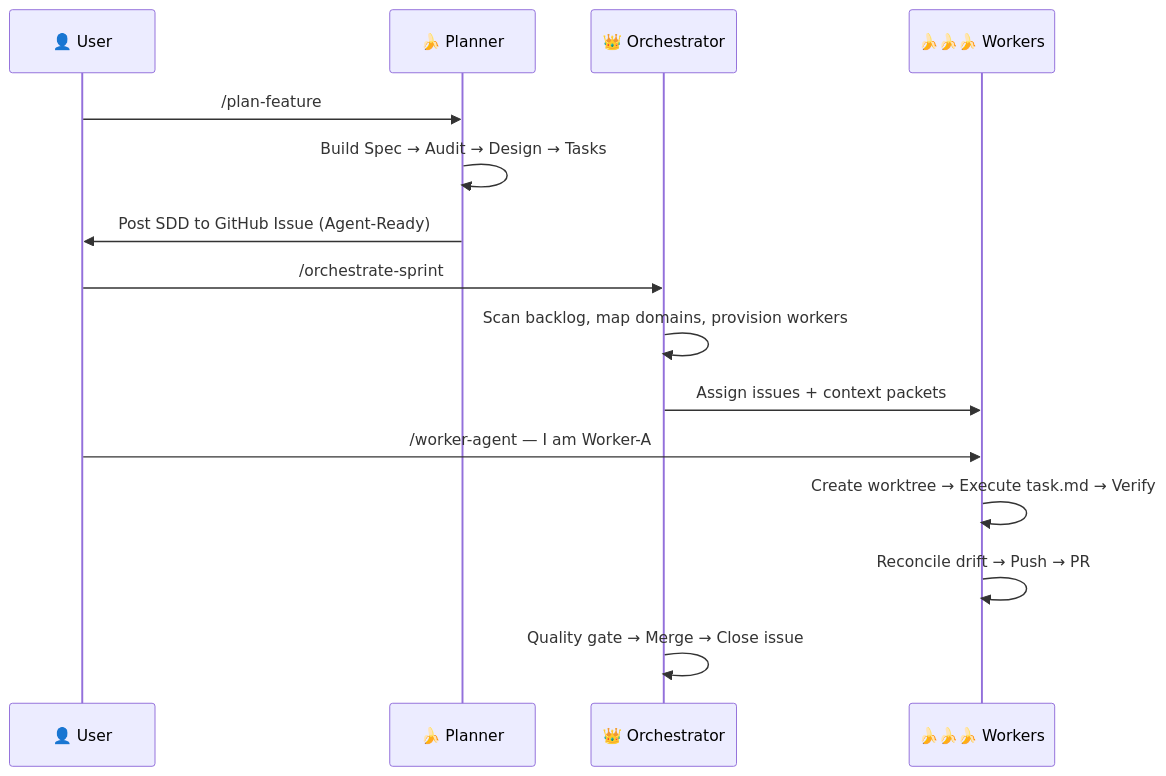
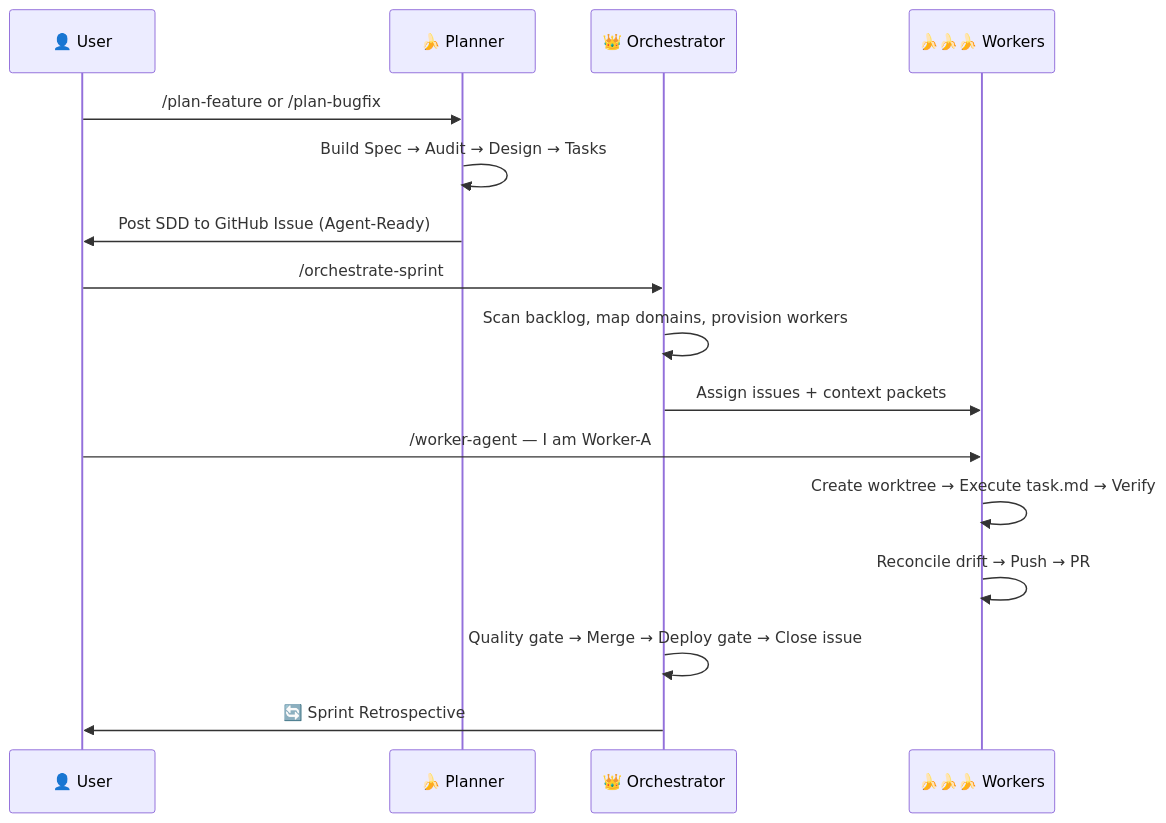
Before and after one commit to illya-naumov/minions: the second of 2 diagrams in README.md, drawn with Mermaid. The commit also changed other lines of this file and 5 other files, not shown here.

First line of the commit message:
feat: sync with production workflows  add plan-bugfix, self-improvement retrospectives, deployment gates

````diff
--- a/README.md
+++ b/README.md
@@ -149,18 +167,19 @@
 ```mermaid
 sequenceDiagram
     participant U as 👤 User
     participant P as 🍌 Planner
     participant O as 👑 Orchestrator
     participant W as 🍌🍌🍌 Workers
 
-    U->>P: /plan-feature
+    U->>P: /plan-feature or /plan-bugfix
     P->>P: Build Spec → Audit → Design → Tasks
     P->>U: Post SDD to GitHub Issue (Agent-Ready)
     U->>O: /orchestrate-sprint
     O->>O: Scan backlog, map domains, provision workers
     O->>W: Assign issues + context packets
     U->>W: /worker-agent — I am Worker-A
     W->>W: Create worktree → Execute task.md → Verify
     W->>W: Reconcile drift → Push → PR
-    O->>O: Quality gate → Merge → Close issue
+    O->>O: Quality gate → Merge → Deploy gate → Close issue
+    O->>U: 🔄 Sprint Retrospective
 ```
````
